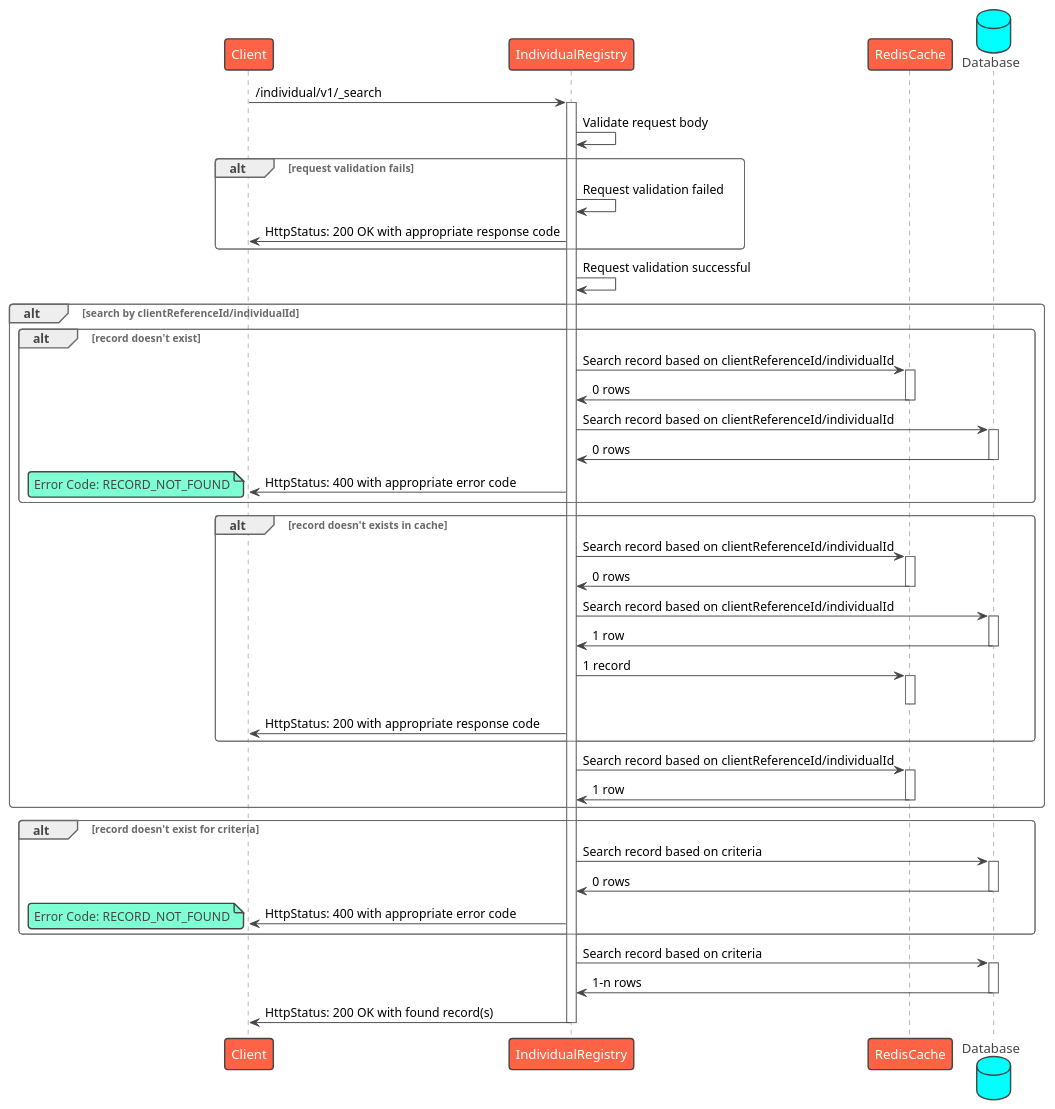
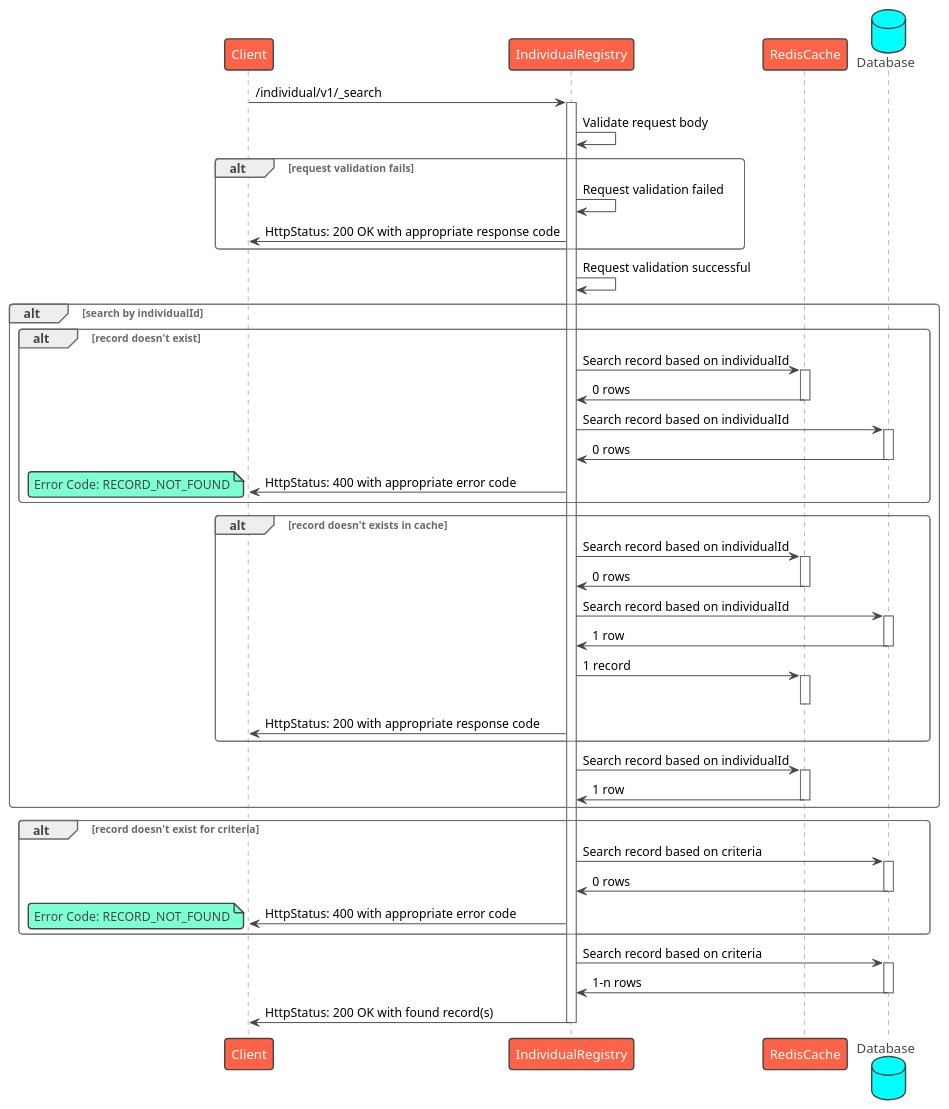
The diagram in contracts/registries/individual/sequence/search.puml (egovernments/health-api-specs), drawn with PlantUML before and after one commit. The commit also changed 5 other files, not shown here.

First line of the commit message:
Sequence: Removed clientReferenceId

```diff
--- a/contracts/registries/individual/sequence/search.puml
+++ b/contracts/registries/individual/sequence/search.puml
@@ -1,65 +1,65 @@
 @startuml Individual Registry - Search
 !theme vibrant
 participant Client as c
 participant IndividualRegistry as ir
 participant RedisCache as rc
 database Database as db
 c -> ir : /individual/v1/_search
 activate ir
 ir -> ir: Validate request body
 alt request validation fails
     ir -> ir: Request validation failed
     ir -> c: HttpStatus: 200 OK with appropriate response code
 end
 ir -> ir: Request validation successful
-alt search by clientReferenceId/individualId
+alt search by individualId
     alt record doesn't exist
-        ir -> rc: Search record based on clientReferenceId/individualId
+        ir -> rc: Search record based on individualId
         activate rc
         rc -> ir: 0 rows
         deactivate rc
-        ir -> db: Search record based on clientReferenceId/individualId
+        ir -> db: Search record based on individualId
         activate db
         db -> ir: 0 rows
         deactivate db
         ir -> c: HttpStatus: 400 with appropriate error code
         note left
           Error Code: RECORD_NOT_FOUND
         end note
     end
     alt record doesn't exists in cache
-        ir -> rc: Search record based on clientReferenceId/individualId
+        ir -> rc: Search record based on individualId
         activate rc
         rc -> ir: 0 rows
         deactivate rc
-        ir -> db: Search record based on clientReferenceId/individualId
+        ir -> db: Search record based on individualId
         activate db
         db -> ir: 1 row
         deactivate db
         ir -> rc: 1 record
         activate rc
         deactivate rc
         ir -> c: HttpStatus: 200 with appropriate response code
     end
-ir -> rc: Search record based on clientReferenceId/individualId
+ir -> rc: Search record based on individualId
 activate rc
 rc -> ir: 1 row
 deactivate rc
 end
 alt record doesn't exist for criteria
     ir -> db: Search record based on criteria
     activate db
     db -> ir: 0 rows
     deactivate db
     ir -> c: HttpStatus: 400 with appropriate error code
     note left
       Error Code: RECORD_NOT_FOUND
     end note
 end
 ir -> db: Search record based on criteria
 activate db
 db -> ir: 1-n rows
 deactivate db
 ir -> c: HttpStatus: 200 OK with found record(s)
 deactivate ir
 @enduml
```
